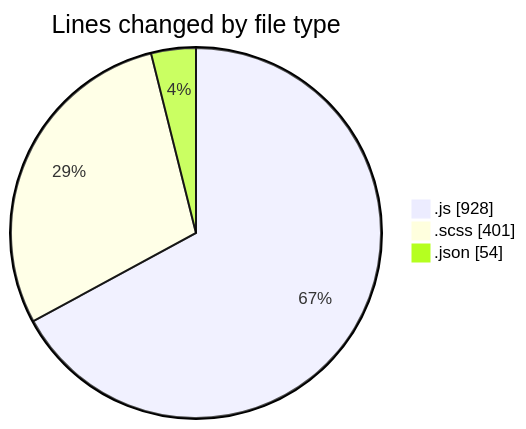
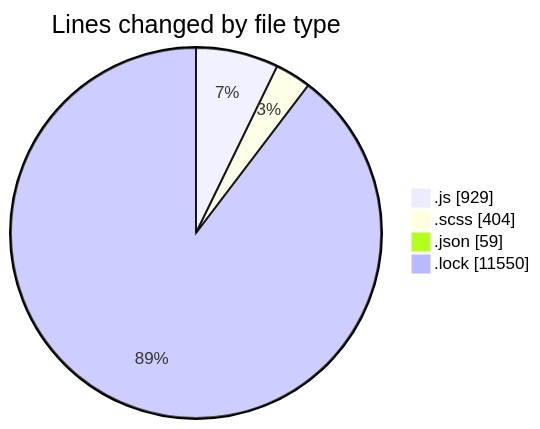
One commit to momahboobian/code-tracking changed the first of 2 diagrams in 2026-01-05/cda/README.md. Above: the diagram before and after it, drawn with Mermaid. The commit also changed other lines of this file and 1 other file, not shown here.

````diff
--- a/2026-01-05/cda/README.md
+++ b/2026-01-05/cda/README.md
@@ -28,7 +29,8 @@
 ```mermaid
 pie showData
 title Lines changed by file type
-".js" : 928
-".scss" : 401
-".json" : 54
+".js" : 929
+".scss" : 404
+".json" : 59
+".lock" : 11550
 ```
````
